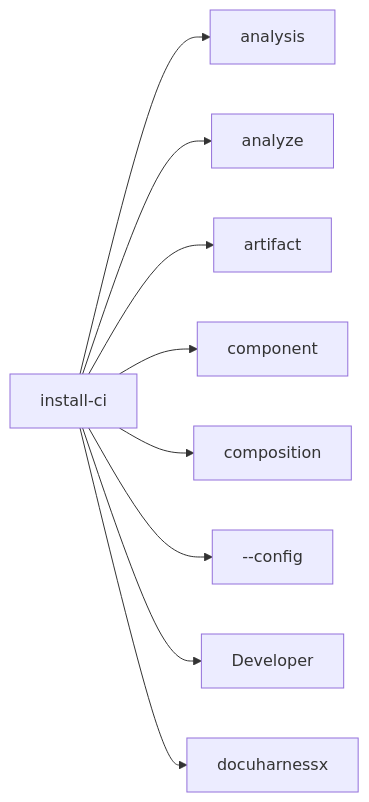
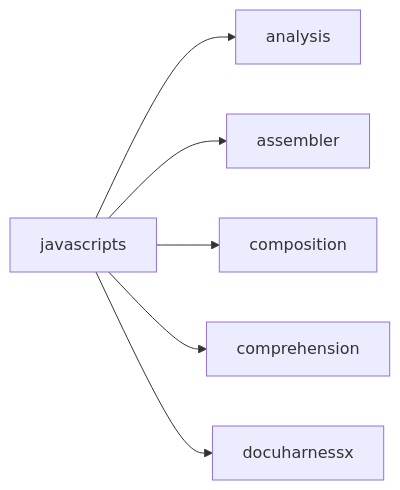
Before and after one commit to norandom/DocuHarnessX: diagram 17 of 30 in docs/glossary.md, drawn with Mermaid. The commit also changed other lines of this file and 7 other files, not shown here.

````diff
--- a/docs/glossary.md
+++ b/docs/glossary.md
@@ -739,20 +614,14 @@
 ```mermaid
 flowchart LR
-  here["install-ci"]
+  here["javascripts"]
   r0["analysis"]
   here --> r0
-  r1["analyze"]
+  r1["assembler"]
   here --> r1
-  r2["artifact"]
+  r2["composition"]
   here --> r2
-  r3["component"]
+  r3["comprehension"]
   here --> r3
-  r4["composition"]
+  r4["docuharnessx"]
   here --> r4
-  r5["--config"]
-  here --> r5
-  r6["Developer"]
-  here --> r6
-  r7["docuharnessx"]
-  here --> r7
 ```
````
